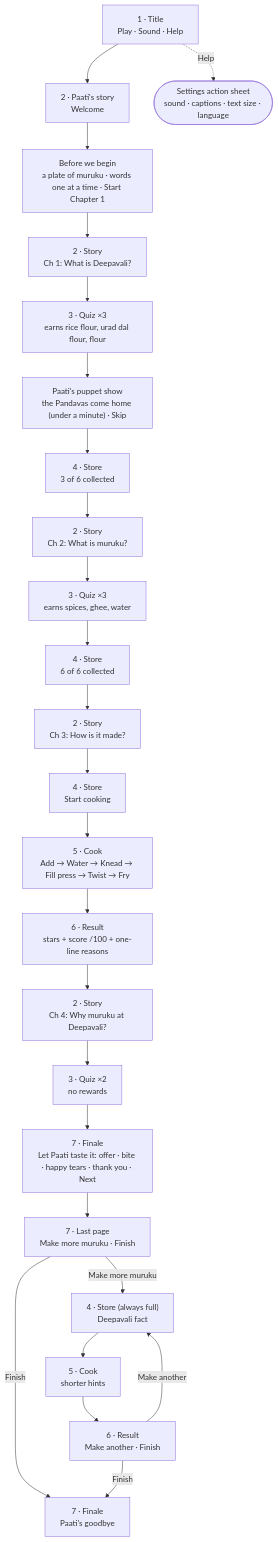
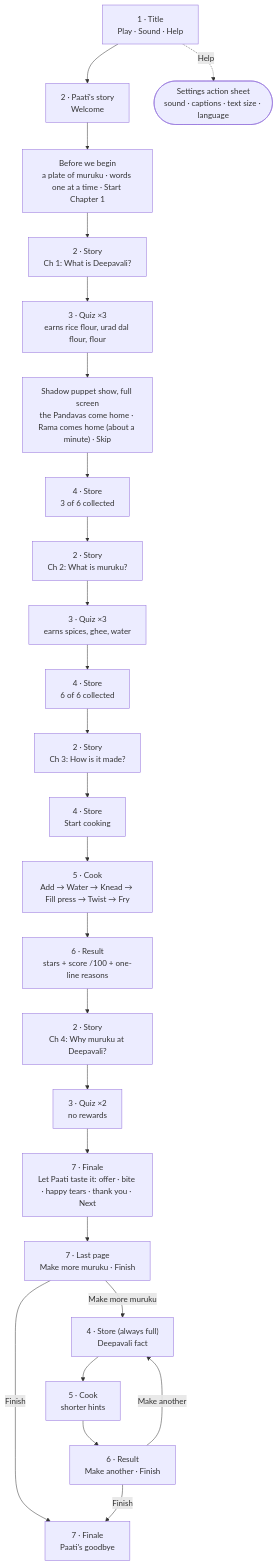
One commit to krishanala/paatis-recipe-kitchen changed the diagram in docs/user-flow.md. Above: the diagram before and after it, drawn with Mermaid. The commit also changed other lines of this file and 4 other files, not shown here.

First line of the commit message:
Puppet show: full screen, bigger detailed puppets, and Ravana's story

````diff
--- a/docs/user-flow.md
+++ b/docs/user-flow.md
@@ -5,32 +5,32 @@
 ```mermaid
 flowchart TD
     T["1 · Title<br/>Play · Sound · Help"] --> W["2 · Paati's story<br/>Welcome"]
     T -. Help .-> S(["Settings action sheet<br/>sound · captions · text size · language"])
 
     W --> I["Before we begin<br/>a plate of muruku · words one at a time · Start Chapter 1"]
     I --> C1["2 · Story<br/>Ch 1: What is Deepavali?"]
     C1 --> Q1["3 · Quiz ×3<br/>earns rice flour, urad dal flour, flour"]
-    Q1 --> P["Paati's puppet show<br/>the Pandavas come home (under a minute) · Skip"]
+    Q1 --> P["Shadow puppet show, full screen<br/>the Pandavas come home · Rama comes home (about a minute) · Skip"]
     P --> ST1["4 · Store<br/>3 of 6 collected"]
 
     ST1 --> C2["2 · Story<br/>Ch 2: What is muruku?"]
     C2 --> Q2["3 · Quiz ×3<br/>earns spices, ghee, water"]
     Q2 --> ST2["4 · Store<br/>6 of 6 collected"]
 
     ST2 --> C3["2 · Story<br/>Ch 3: How is it made?"]
     C3 --> ST3["4 · Store<br/>Start cooking"]
     ST3 --> K["5 · Cook<br/>Add → Water → Knead → Fill press → Twist → Fry"]
     K --> R["6 · Result<br/>stars + score /100 + one-line reasons"]
 
     R --> C4["2 · Story<br/>Ch 4: Why muruku at Deepavali?"]
     C4 --> Q4["3 · Quiz ×2<br/>no rewards"]
     Q4 --> F["7 · Finale<br/>Let Paati taste it: offer · bite · happy tears · thank you · Next"]
     F --> C["7 · Last page<br/>Make more muruku · Finish"]
     C -- Finish --> G["7 · Finale<br/>Paati's goodbye"]
 
     C -- Make more muruku --> FK["4 · Store (always full)<br/>Deepavali fact"]
     FK --> K2["5 · Cook<br/>shorter hints"]
     K2 --> R2["6 · Result<br/>Make another · Finish"]
     R2 -- Make another --> FK
     R2 -- Finish --> G
 ```
````
